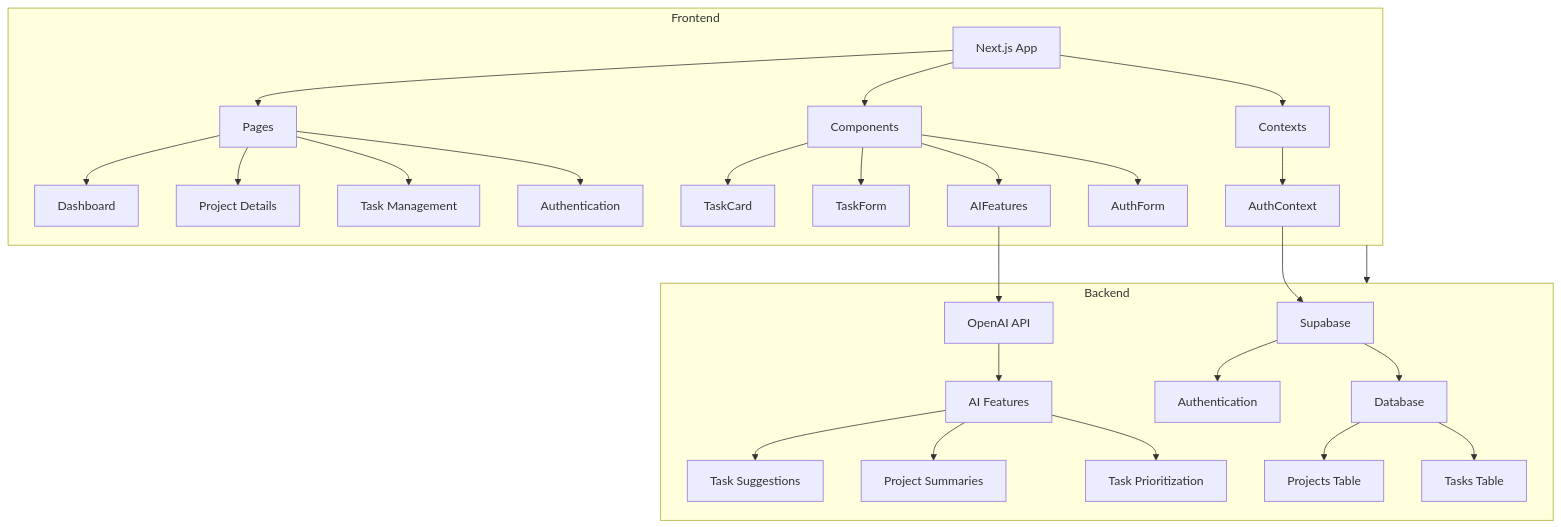
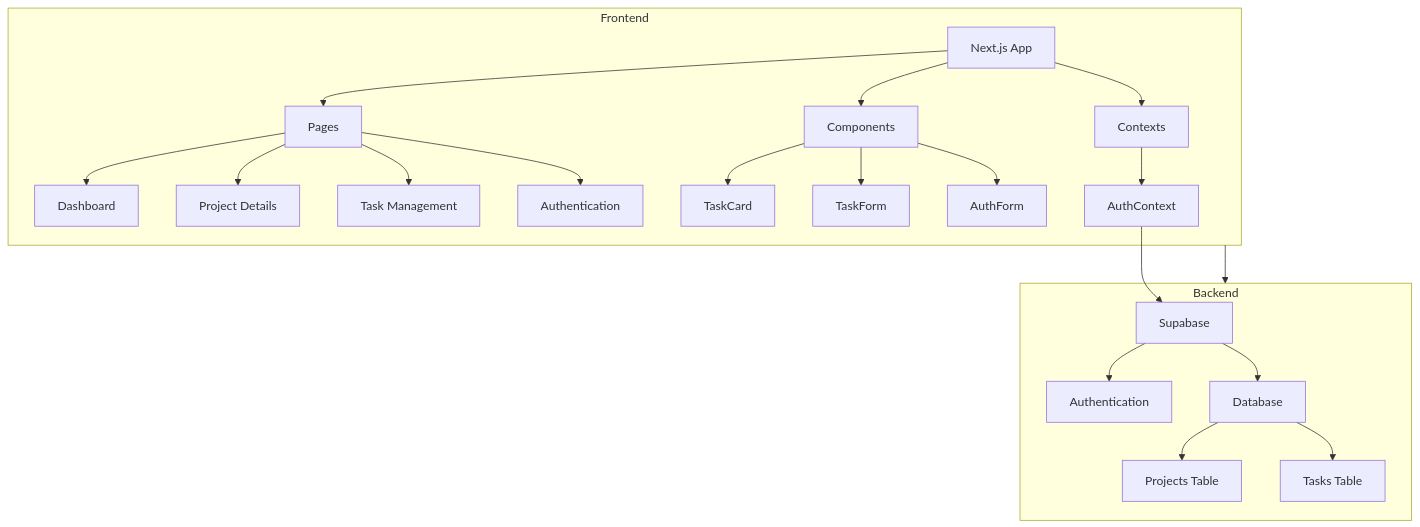
Before and after one commit to nneelabh02/project-manager-mvp: the diagram in README.md, drawn with Mermaid. The commit also changed other lines of this file, not shown here.

Commit message:
Update README to remove AI features and reflect current project state

````diff
--- a/README.md
+++ b/README.md
@@ -7,39 +7,32 @@
 ```mermaid
 graph TD
     subgraph Frontend
         A[Next.js App] --> B[Pages]
         B --> C[Dashboard]
         B --> D[Project Details]
         B --> E[Task Management]
         B --> F[Authentication]
         
         A --> G[Components]
         G --> H[TaskCard]
         G --> I[TaskForm]
-        G --> J[AIFeatures]
         G --> K[AuthForm]
         
         A --> L[Contexts]
         L --> M[AuthContext]
     end
 
     subgraph Backend
         N[Supabase] --> O[Authentication]
         N --> P[Database]
         P --> Q[Projects Table]
         P --> R[Tasks Table]
-        
-        S[OpenAI API] --> T[AI Features]
-        T --> U[Task Suggestions]
-        T --> V[Project Summaries]
-        T --> W[Task Prioritization]
     end
 
     Frontend --> Backend
     M --> N
-    J --> S
 
     classDef frontend fill:#f9f,stroke:#333,stroke-width:2px
     classDef backend fill:#bbf,stroke:#333,stroke-width:2px
     class Frontend,Backend frontend,backend
 ```
````
